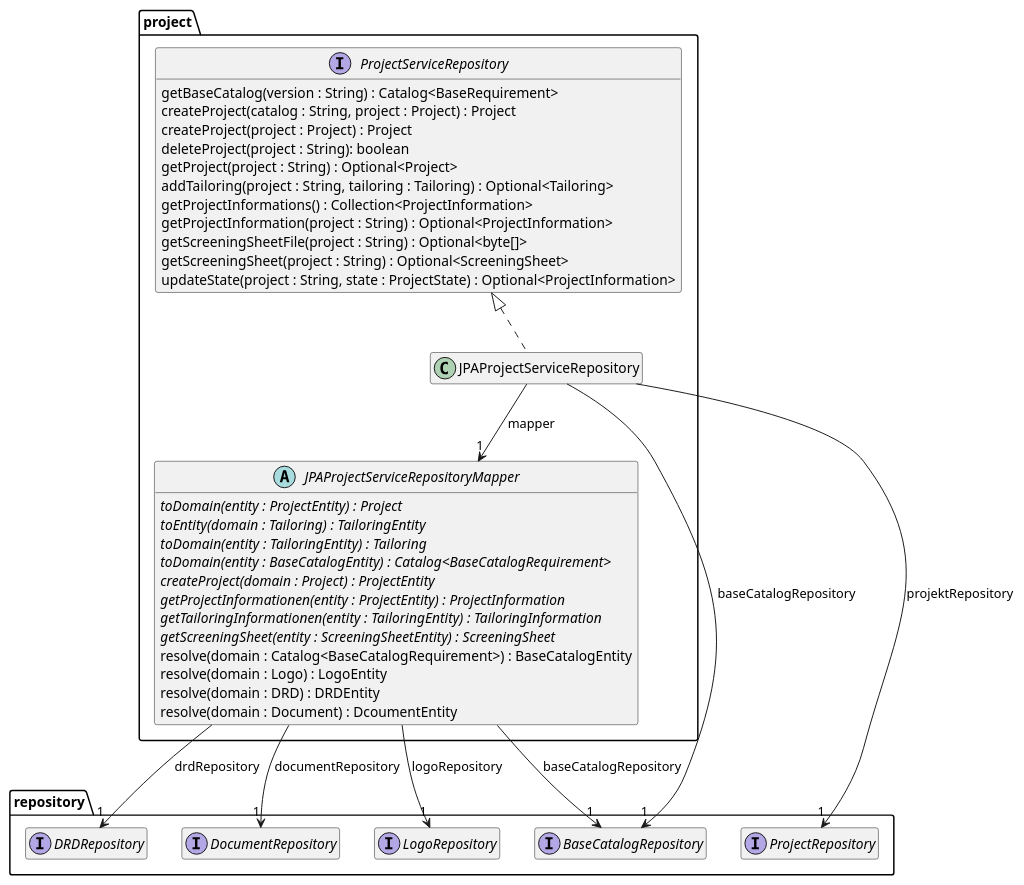
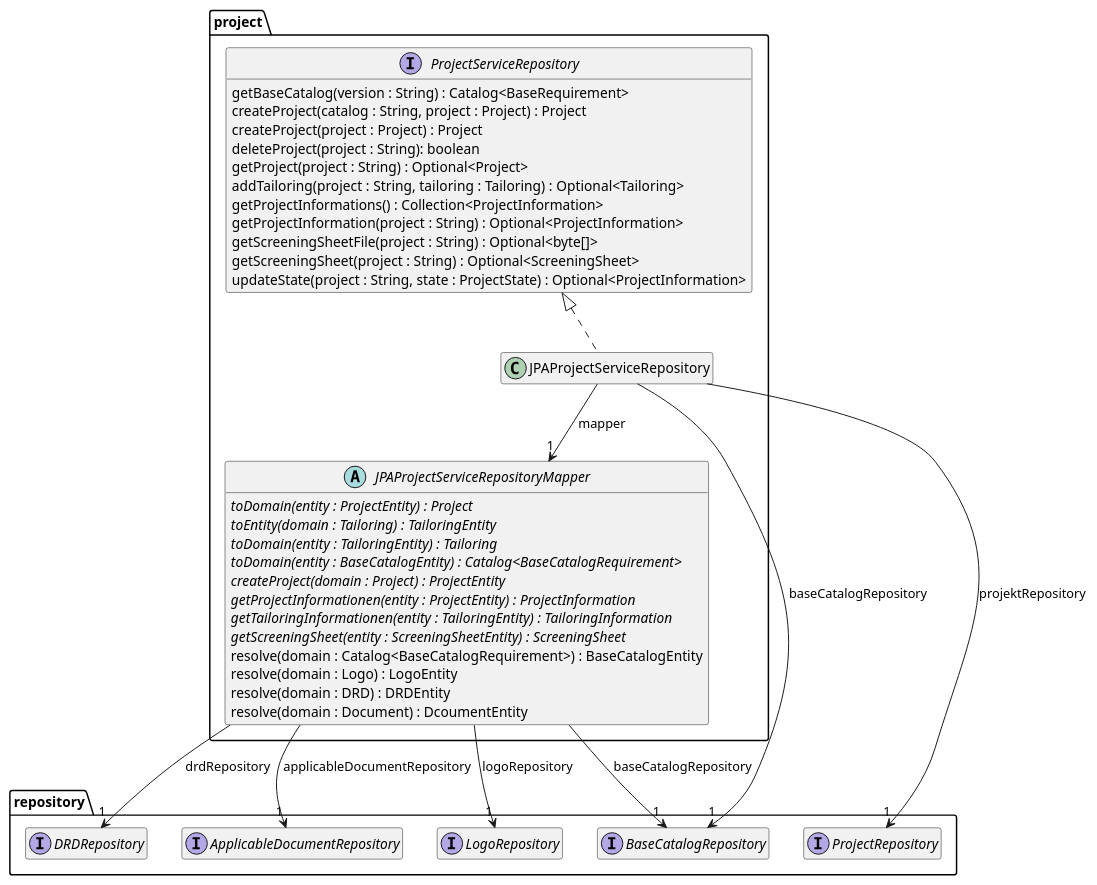
One commit to tailoringexpert/platform changed the diagram in src/site/arc42/plantuml/data-jpa/project/Ebene3.plantuml. Above: the diagram before and after it, drawn with PlantUML. The commit also changed 28 other files, not shown here.

Commit message:
DocumentEntity -> ApplicableDocumentEntity

```diff
--- a/src/site/arc42/plantuml/data-jpa/project/Ebene3.plantuml
+++ b/src/site/arc42/plantuml/data-jpa/project/Ebene3.plantuml
@@ -1,54 +1,54 @@
 @startuml Ebene3.png
 hide empty members
 
 package repository {
     interface BaseCatalogRepository
     interface LogoRepository
     interface ProjectRepository
     interface DRDRepository
-    interface DocumentRepository
+    interface ApplicableDocumentRepository
 }
 package project {
 
     interface ProjectServiceRepository {
         getBaseCatalog(version : String) : Catalog<BaseRequirement>
         createProject(catalog : String, project : Project) : Project
         createProject(project : Project) : Project
         deleteProject(project : String): boolean
         getProject(project : String) : Optional<Project>
         addTailoring(project : String, tailoring : Tailoring) : Optional<Tailoring>
         getProjectInformations() : Collection<ProjectInformation>
         getProjectInformation(project : String) : Optional<ProjectInformation>
         getScreeningSheetFile(project : String) : Optional<byte[]>
         getScreeningSheet(project : String) : Optional<ScreeningSheet>
         updateState(project : String, state : ProjectState) : Optional<ProjectInformation>
     }
 
     abstract class JPAProjectServiceRepositoryMapper {
         {abstract} toDomain(entity : ProjectEntity) : Project
         {abstract} toEntity(domain : Tailoring) : TailoringEntity
         {abstract} toDomain(entity : TailoringEntity) : Tailoring
         {abstract} toDomain(entity : BaseCatalogEntity) : Catalog<BaseCatalogRequirement>
         {abstract} createProject(domain : Project) : ProjectEntity
         {abstract} getProjectInformationen(entity : ProjectEntity) : ProjectInformation
         {abstract} getTailoringInformationen(entity : TailoringEntity) : TailoringInformation
         {abstract} getScreeningSheet(entity : ScreeningSheetEntity) : ScreeningSheet
         resolve(domain : Catalog<BaseCatalogRequirement>) : BaseCatalogEntity
         resolve(domain : Logo) : LogoEntity
         resolve(domain : DRD) : DRDEntity
         resolve(domain : Document) : DcoumentEntity
     }
     JPAProjectServiceRepositoryMapper --> "1" LogoRepository : logoRepository
     JPAProjectServiceRepositoryMapper --> "1" BaseCatalogRepository : baseCatalogRepository
     JPAProjectServiceRepositoryMapper --> "1" DRDRepository : drdRepository
-    JPAProjectServiceRepositoryMapper --> "1" DocumentRepository : documentRepository
+    JPAProjectServiceRepositoryMapper --> "1" ApplicableDocumentRepository : applicableDocumentRepository
 
     class JPAProjectServiceRepository {
     }
     ProjectServiceRepository <|.. JPAProjectServiceRepository
     JPAProjectServiceRepository --> "1" JPAProjectServiceRepositoryMapper : mapper
     JPAProjectServiceRepository --> "1" ProjectRepository : projektRepository
     JPAProjectServiceRepository --> "1" BaseCatalogRepository : baseCatalogRepository
 
 }
 @enduml
```
